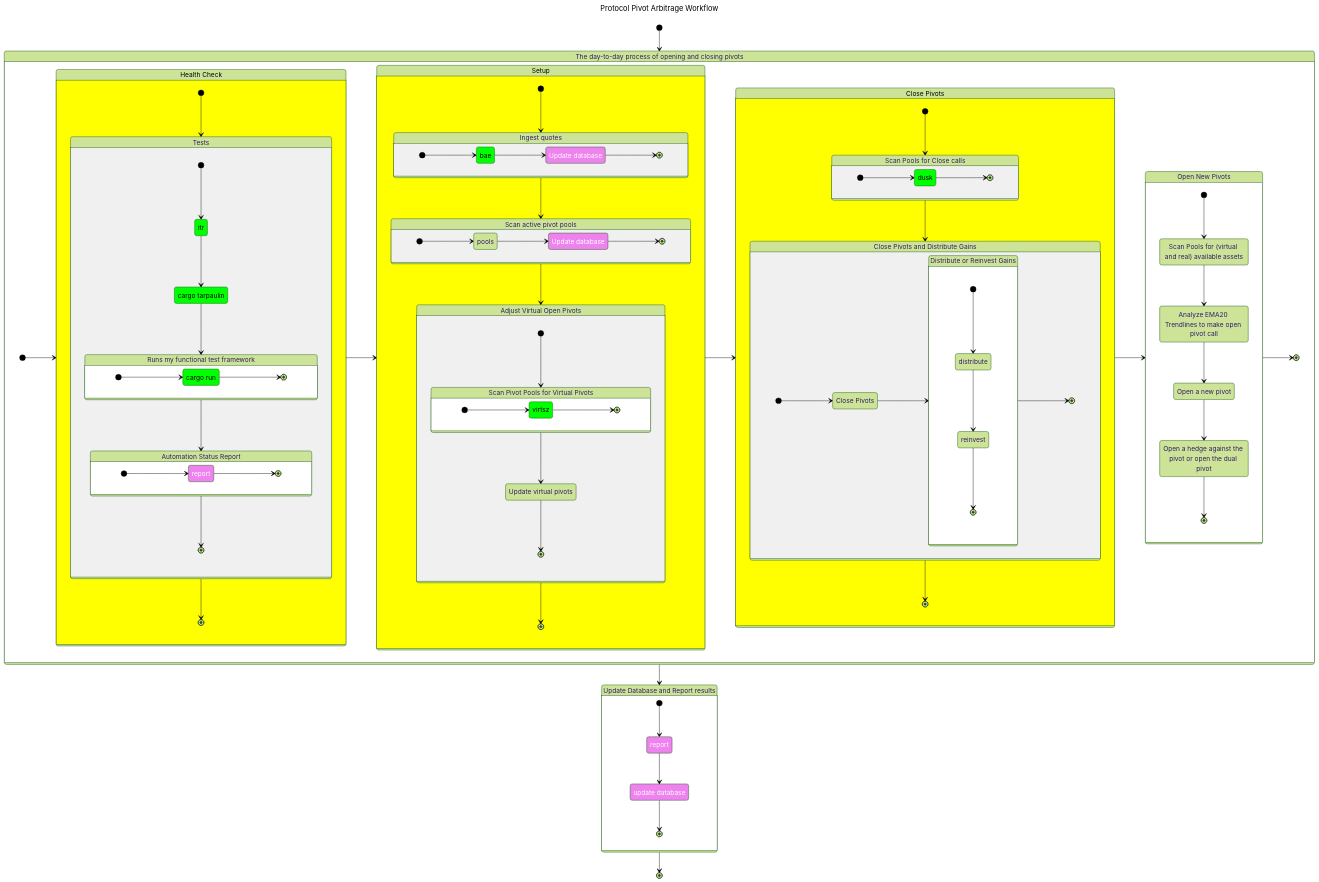
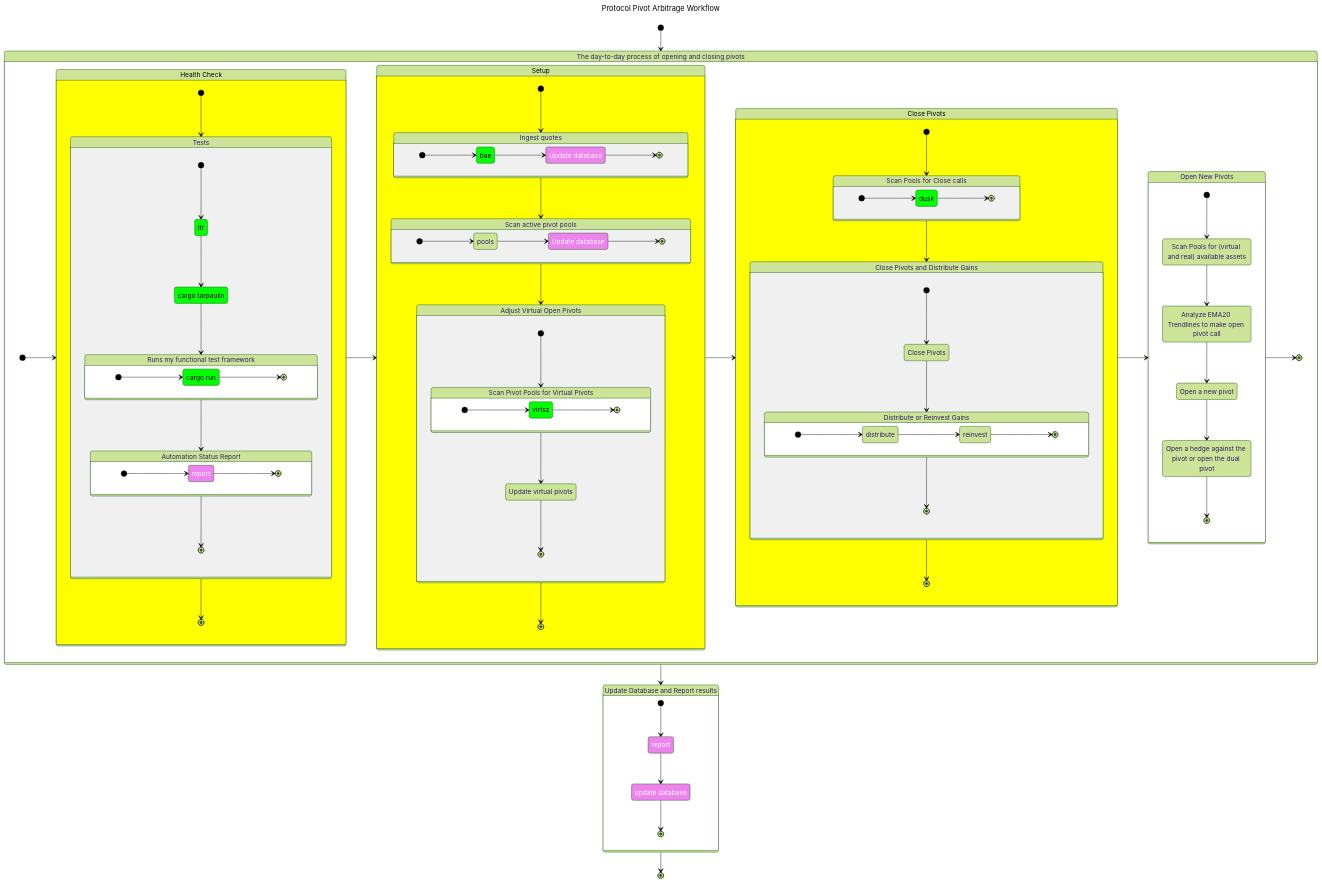
The diagram in dapps/README.md (pivoteur/protocol), drawn with Mermaid (forest theme) before and after one commit.

Commit message:
pushed LR-flow down to distribution state

```diff
--- a/dapps/README.md
+++ b/dapps/README.md
@@ -151,8 +151,6 @@
 
       CloseAndDistribute: Close Pivots and Distribute Gains
       state CloseAndDistribute {
-         direction LR
-
          [*] --> Close
          Close --> Distribute
          Distribute --> [*]
@@ -161,6 +159,8 @@
 
          Distribute: Distribute or Reinvest Gains
          state Distribute {
+            direction LR
+
             [*] --> distribute
             distribute --> reinvest
             reinvest --> [*]
```
